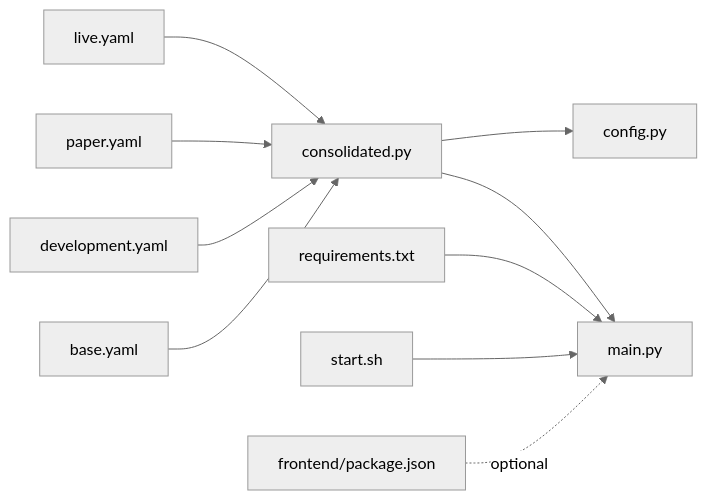
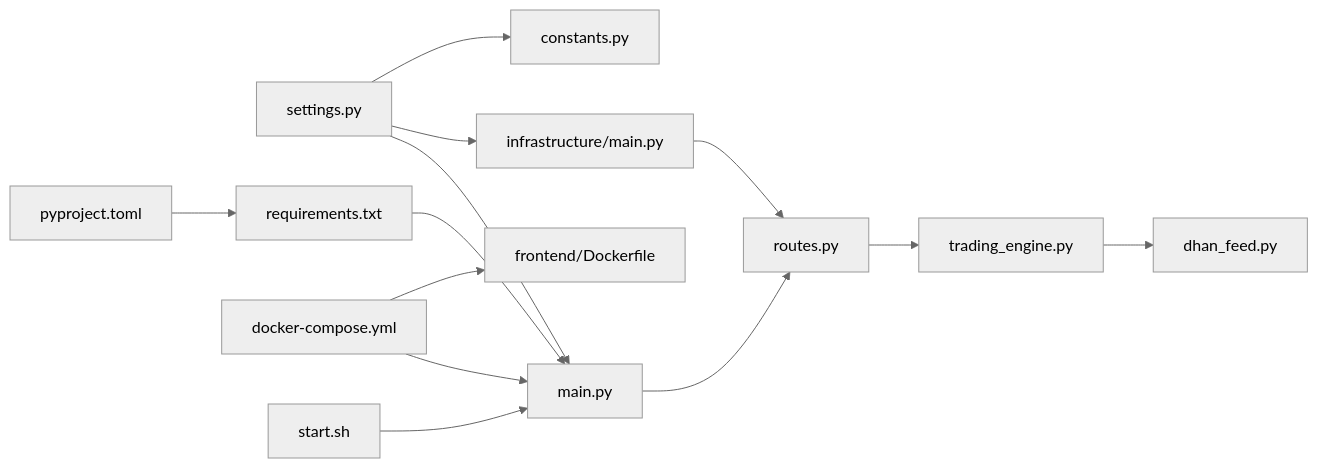
Before and after one commit to gemrajkhatry-maker/v5-of-glassytrade-ai: the fourth of 4 diagrams in .qoder/repowiki/en/content/Deployment and Operations.md, drawn with Mermaid (neutral theme). The commit also changed other lines of this file and 930 other files, not shown here.

````diff
--- a/.qoder/repowiki/en/content/Deployment and Operations.md
+++ b/.qoder/repowiki/en/content/Deployment and Operations.md
@@ -280,12 +396,15 @@
 ```mermaid
 graph LR
-CONS["consolidated.py"] --> MAIN["main.py"]
-CONS --> CFG["config.py"]
-BASE["base.yaml"] --> CONS
-ENV_DEV["development.yaml"] --> CONS
-ENV_PAPER["paper.yaml"] --> CONS
-ENV_LIVE["live.yaml"] --> CONS
+SETTINGS["settings.py"] --> MAIN["main.py"]
+SETTINGS --> INFRA["infrastructure/main.py"]
+SETTINGS --> CONST["constants.py"]
+MAIN --> ROUTES["routes.py"]
+INFRA --> ROUTES
+ENGINE["trading_engine.py"] --> DHAN["dhan_feed.py"]
+ROUTES --> ENGINE
 REQ["requirements.txt"] --> MAIN
+PYPROJECT["pyproject.toml"] --> REQ
+DOCKER["docker-compose.yml"] --> MAIN
+DOCKER --> FRONT_DOCKER["frontend/Dockerfile"]
 START["start.sh"] --> MAIN
-FE_PKG["frontend/package.json"] -. optional .-> MAIN
 ```
````
